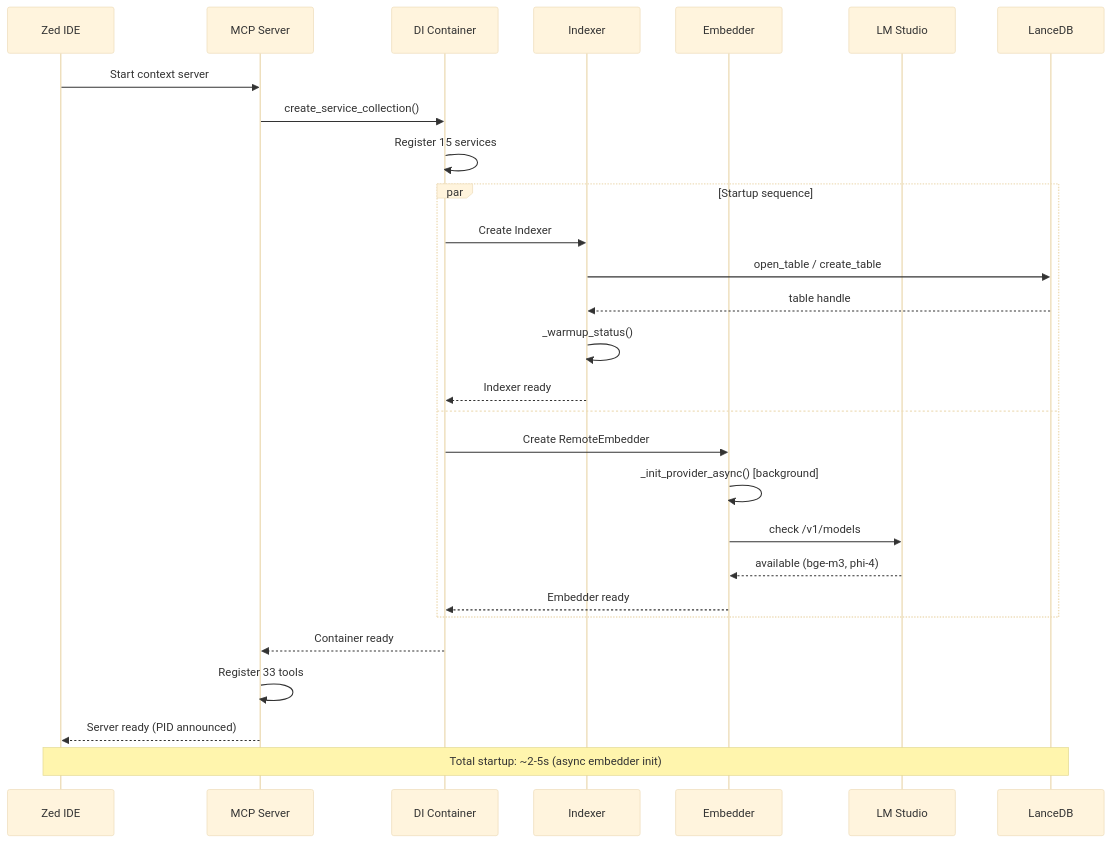
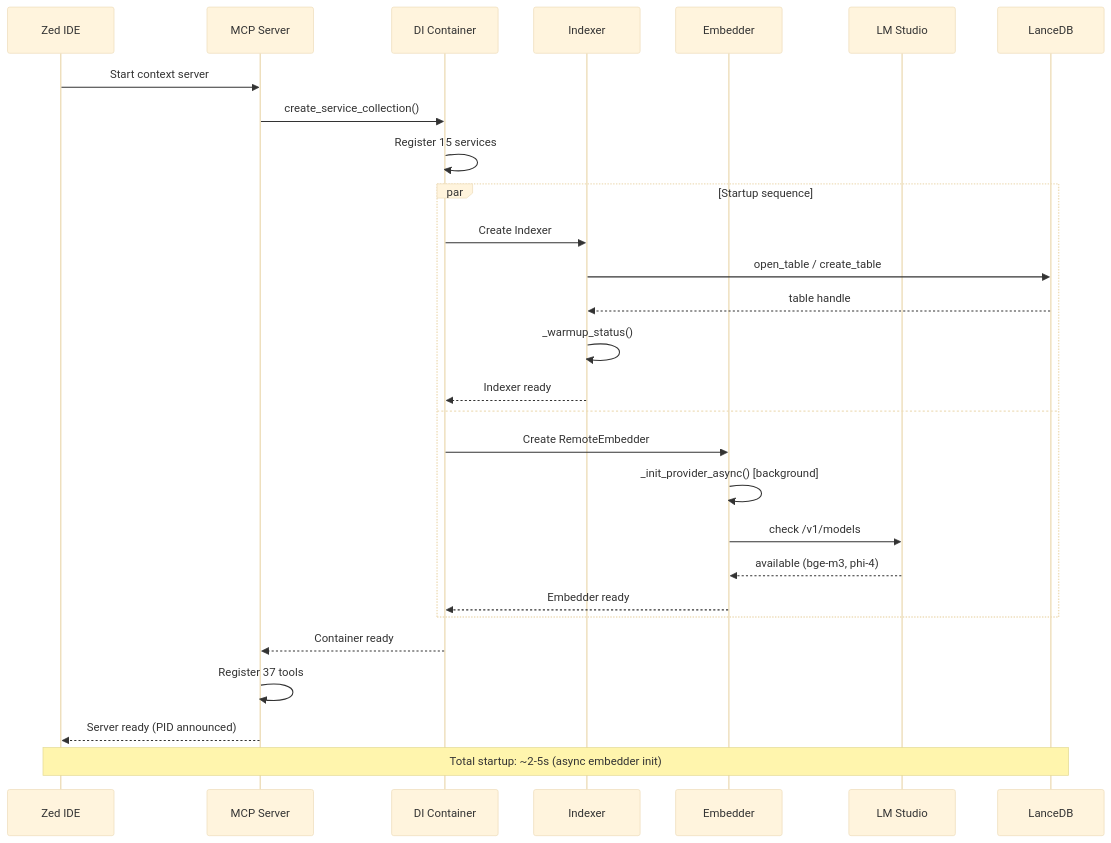
One commit to ManSio/mscodebase-intelligence changed the fifth of 8 diagrams in docs/en/ARCHITECTURE_DEEP.md. Above: the diagram before and after it, drawn with Mermaid (base theme). The commit also changed other lines of this file and 20 other files, not shown here.

````diff
--- a/docs/en/ARCHITECTURE_DEEP.md
+++ b/docs/en/ARCHITECTURE_DEEP.md
@@ -181,34 +181,34 @@
 ```mermaid
 sequenceDiagram
     participant Zed as Zed IDE
     participant MCP as MCP Server
     participant DI as DI Container
     participant IX as Indexer
     participant EM as Embedder
     participant LM as LM Studio
     participant DB as LanceDB
 
     Zed->>MCP: Start context server
     MCP->>DI: create_service_collection()
     DI->>DI: Register 15 services
     
     par Startup sequence
         DI->>IX: Create Indexer
         IX->>DB: open_table / create_table
         DB-->>IX: table handle
         IX->>IX: _warmup_status()
         IX-->>DI: Indexer ready
     and
         DI->>EM: Create RemoteEmbedder
         EM->>EM: _init_provider_async() [background]
         EM->>LM: check /v1/models
         LM-->>EM: available (bge-m3, phi-4)
         EM-->>DI: Embedder ready
     end
     
     DI-->>MCP: Container ready
-    MCP->>MCP: Register 33 tools
+    MCP->>MCP: Register 37 tools
     MCP-->>Zed: Server ready (PID announced)
     
     Note over Zed,DB: Total startup: ~2-5s (async embedder init)
 ```
````
